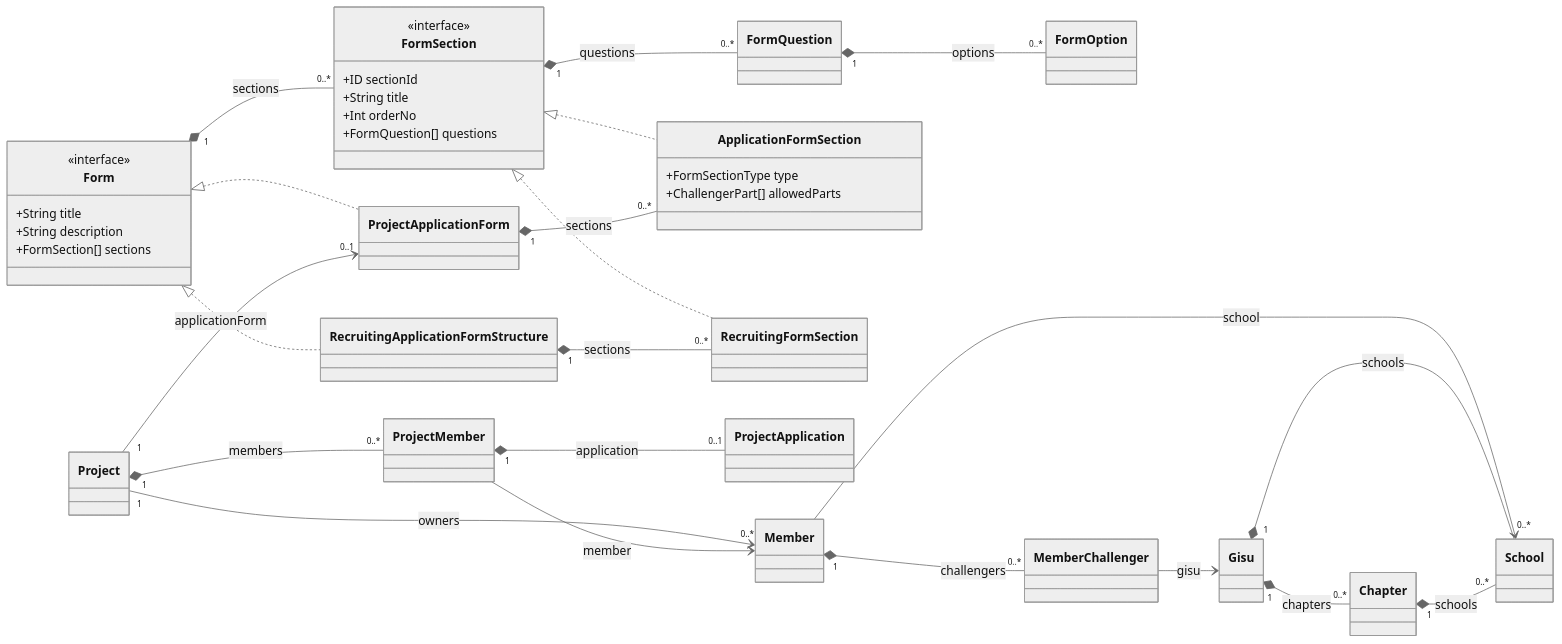
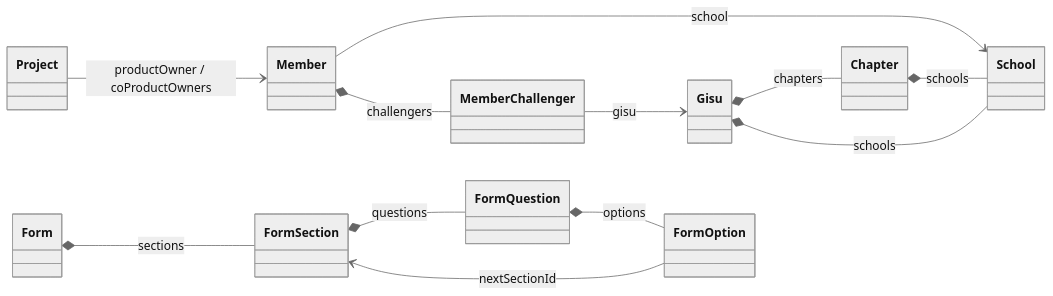
Before and after one commit to UMC-PRODUCT/cygnus-server: the second of 4 diagrams in docs/onboarding/graphql/schema-relationships.md, drawn with Mermaid (neutral theme). The commit also changed other lines of this file and 37 other files, not shown here.

Commit message:
refactor: GraphQL 도메인 IDL 경계 분리

````diff
--- a/docs/onboarding/graphql/schema-relationships.md
+++ b/docs/onboarding/graphql/schema-relationships.md
@@ -43,59 +35,27 @@
 ```mermaid
 classDiagram
   direction LR
 
-  class Form {
-    <<interface>>
-    +String title
-    +String description
-    +FormSection[] sections
-  }
-  class FormSection {
-    <<interface>>
-    +ID sectionId
-    +String title
-    +Int orderNo
-    +FormQuestion[] questions
-  }
-  class FormQuestion
-  class FormOption
-  class ProjectApplicationForm
-  class ApplicationFormSection {
-    +FormSectionType type
-    +ChallengerPart[] allowedParts
-  }
-  class RecruitingApplicationFormStructure
-  class RecruitingFormSection
-
-  class Project
-  class ProjectMember
-  class ProjectApplication
   class Member
   class MemberChallenger
   class Gisu
   class Chapter
   class School
+  class Form
+  class FormSection
+  class FormQuestion
+  class FormOption
+  class Project
 
-  Form <|.. ProjectApplicationForm
-  FormSection <|.. ApplicationFormSection
-  Form <|.. RecruitingApplicationFormStructure
-  FormSection <|.. RecruitingFormSection
-  Form "1" *-- "0..*" FormSection : sections
-  FormSection "1" *-- "0..*" FormQuestion : questions
-  FormQuestion "1" *-- "0..*" FormOption : options
-
-  Project "1" --> "0..1" ProjectApplicationForm : applicationForm
-  ProjectApplicationForm "1" *-- "0..*" ApplicationFormSection : sections
-  RecruitingApplicationFormStructure "1" *-- "0..*" RecruitingFormSection : sections
-  Project "1" --> "0..*" Member : owners
-  Project "1" *-- "0..*" ProjectMember : members
-  ProjectMember --> Member : member
-  ProjectMember "1" *-- "0..1" ProjectApplication : application
-
-  Member "1" *-- "0..*" MemberChallenger : challengers
   Member --> School : school
+  Member *-- MemberChallenger : challengers
   MemberChallenger --> Gisu : gisu
-  Gisu "1" *-- "0..*" Chapter : chapters
-  Gisu "1" *-- "0..*" School : schools
-  Chapter "1" *-- "0..*" School : schools
+  Gisu *-- Chapter : chapters
+  Gisu *-- School : schools
+  Chapter *-- School : schools
+  Form *-- FormSection : sections
+  FormSection *-- FormQuestion : questions
+  FormQuestion *-- FormOption : options
+  FormOption --> FormSection : nextSectionId
+  Project --> Member : productOwner / coProductOwners
 ```
````
